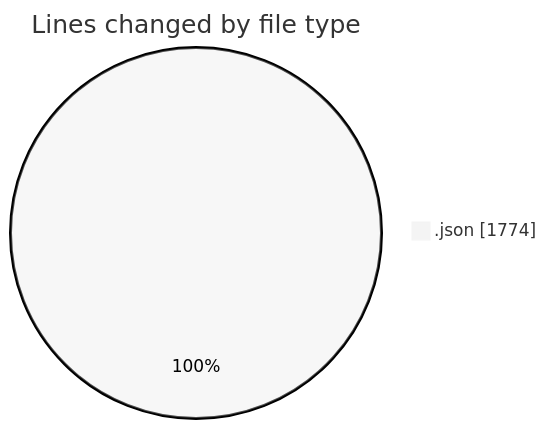
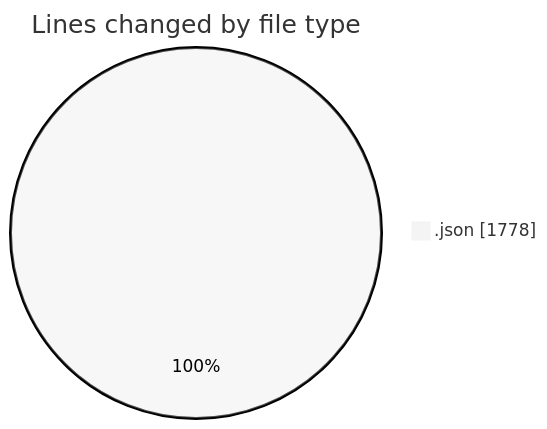
The first of 2 diagrams in 2025-07-29/_claude/README.md (EIIisD/code-tracking), drawn with Mermaid (neutral theme) before and after one commit. The commit also changed other lines of this file and 1 other file, not shown here.

````diff
--- a/2025-07-29/_claude/README.md
+++ b/2025-07-29/_claude/README.md
@@ -20,5 +20,5 @@
 ```mermaid
 pie showData
 title Lines changed by file type
-".json" : 1774
+".json" : 1778
 ```
````
